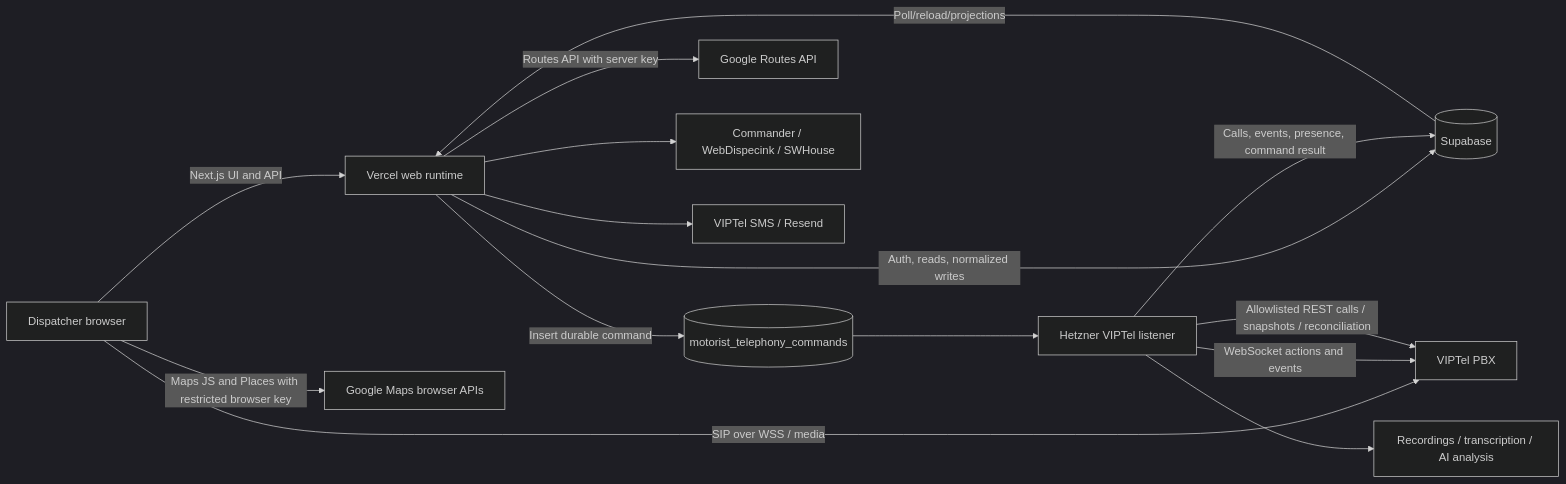
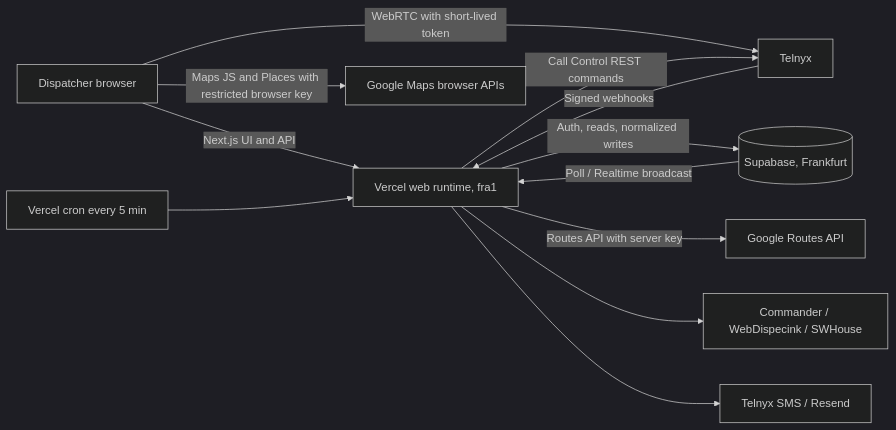
One commit to Alfopure/pomoc-motoristom-new changed the first of 2 diagrams in AI_PROJECT_HANDOFF.md. Above: the diagram before and after it, drawn with Mermaid (dark theme). The commit also changed other lines of this file and 19 other files, not shown here.

````diff
--- a/AI_PROJECT_HANDOFF.md
+++ b/AI_PROJECT_HANDOFF.md
@@ -25,17 +25,14 @@
 ```mermaid
 flowchart LR
-    U[Dispatcher browser] -->|Next.js UI and API| V[Vercel web runtime]
-    U -->|SIP over WSS / media| P[VIPTel PBX]
-    V -->|Auth, reads, normalized writes| S[(Supabase)]
-    V -->|Insert durable command| C[(motorist_telephony_commands)]
-    C --> H[Hetzner VIPTel listener]
-    H -->|WebSocket actions and events| P
-    H -->|Allowlisted REST calls / snapshots / reconciliation| P
-    H -->|Calls, events, presence, command result| S
-    S -->|Poll/reload/projections| V
+    U[Dispatcher browser] -->|Next.js UI and API| V[Vercel web runtime, fra1]
+    U -->|WebRTC with short-lived token| T[Telnyx]
+    T -->|Signed webhooks| V
+    V -->|Call Control REST commands| T
+    V -->|Auth, reads, normalized writes| S[(Supabase, Frankfurt)]
+    S -->|Poll / Realtime broadcast| V
     U -->|Maps JS and Places with restricted browser key| G1[Google Maps browser APIs]
     V -->|Routes API with server key| G2[Google Routes API]
     V --> F[Commander / WebDispecink / SWHouse]
-    V --> M[VIPTel SMS / Resend]
-    H --> A[Recordings / transcription / AI analysis]
+    V --> M[Telnyx SMS / Resend]
+    C[Vercel cron every 5 min] --> V
 ```
````
